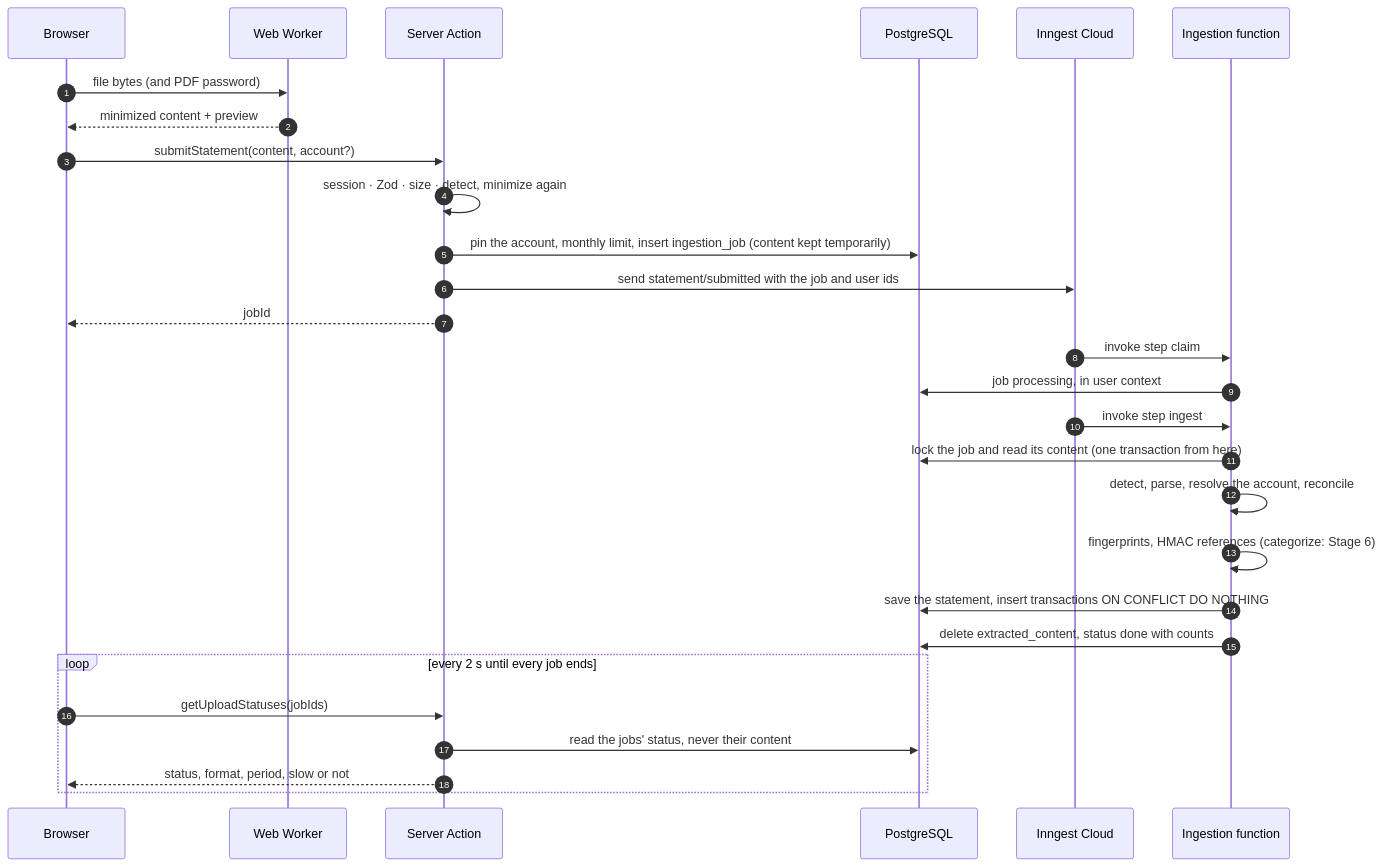
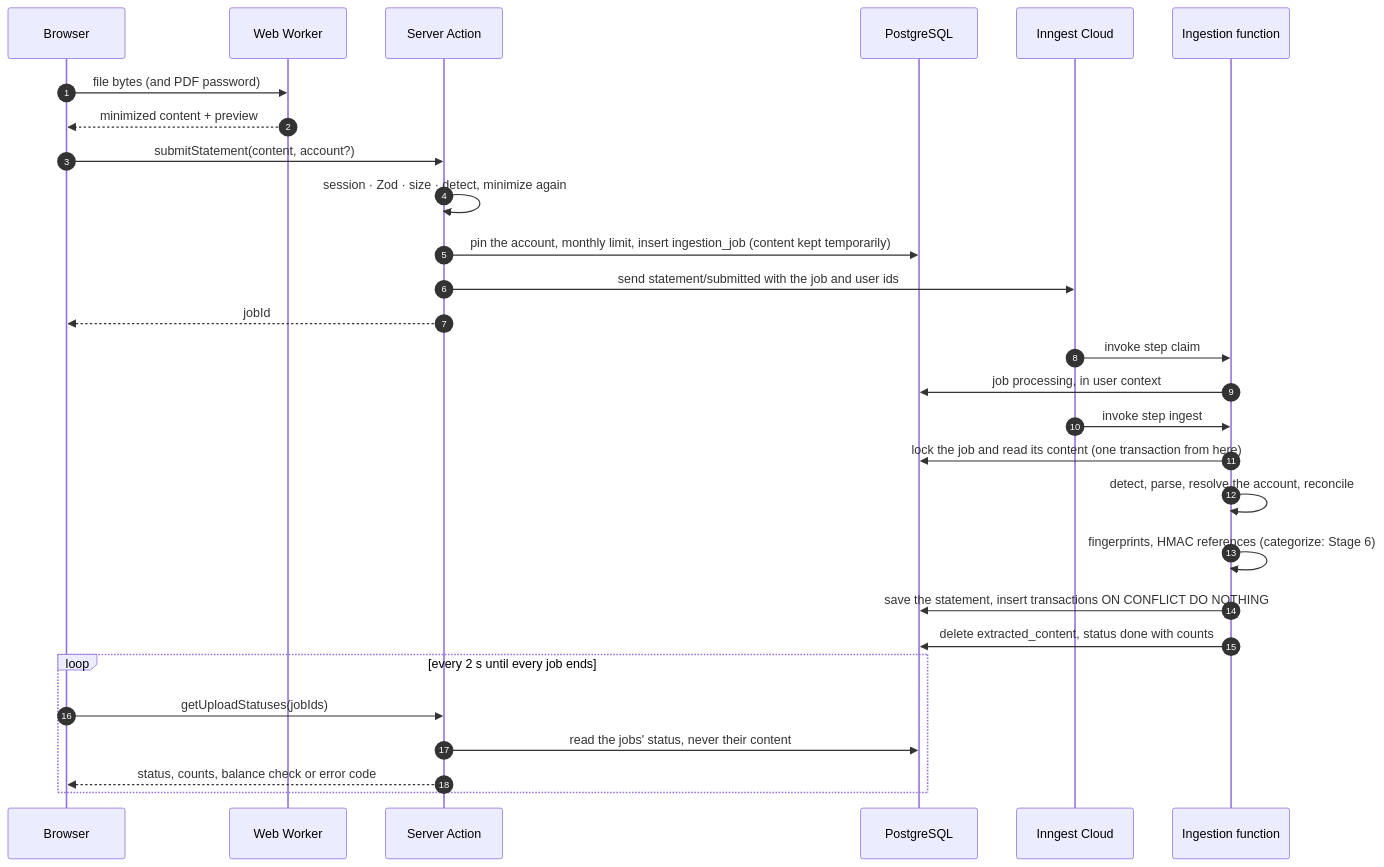
The second of 7 diagrams in docs/ARCHITECTURE.md (ingcarlostello/xtrakto), drawn with Mermaid before and after one commit. The commit also changed other lines of this file and 17 other files, not shown here.

````diff
--- a/docs/ARCHITECTURE.md
+++ b/docs/ARCHITECTURE.md
@@ -95,30 +95,30 @@
 ```mermaid
 sequenceDiagram
     autonumber
     participant B as Browser
     participant W as Web Worker
     participant S as Server Action
     participant DB as PostgreSQL
     participant I as Inngest Cloud
     participant F as Ingestion function
     B->>W: file bytes (and PDF password)
     W-->>B: minimized content + preview
     B->>S: submitStatement(content, account?)
     S->>S: session · Zod · size · detect, minimize again
     S->>DB: pin the account, monthly limit, insert ingestion_job (content kept temporarily)
     S->>I: send statement/submitted with the job and user ids
     S-->>B: jobId
     I->>F: invoke step claim
     F->>DB: job processing, in user context
     I->>F: invoke step ingest
     F->>DB: lock the job and read its content (one transaction from here)
     F->>F: detect, parse, resolve the account, reconcile
     F->>F: fingerprints, HMAC references (categorize: Stage 6)
     F->>DB: save the statement, insert transactions ON CONFLICT DO NOTHING
     F->>DB: delete extracted_content, status done with counts
     loop every 2 s until every job ends
         B->>S: getUploadStatuses(jobIds)
         S->>DB: read the jobs' status, never their content
-        S-->>B: status, format, period, slow or not
+        S-->>B: status, counts, balance check or error code
     end
 ```
````
